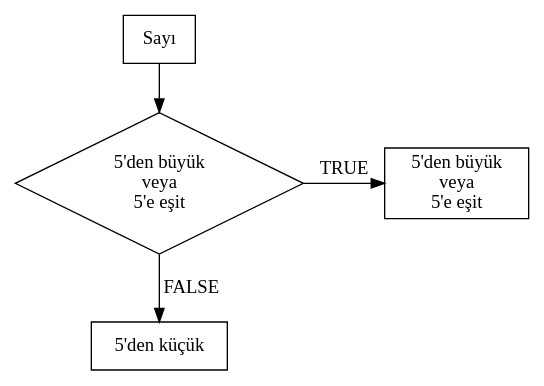
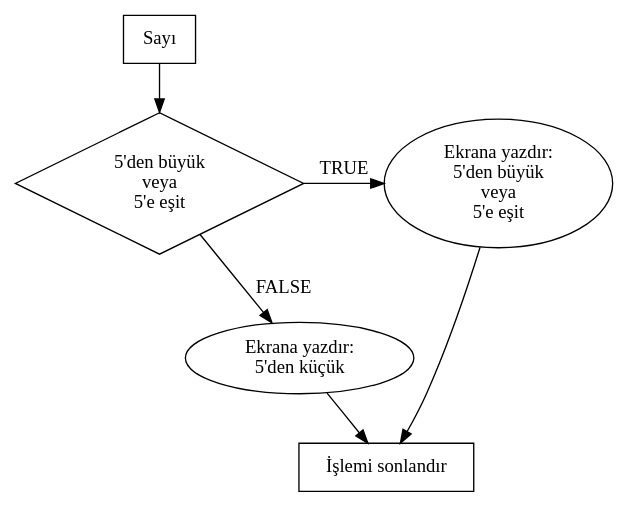
Before and after one commit to emrahkirdok/ybva: the second of 3 diagrams in 03-bilgisayarli-dusunme/01-ileri-seviye-r-01.qmd, drawn with Graphviz. The commit also changed other lines of this file, not shown here.

````diff
--- a/03-bilgisayarli-dusunme/01-ileri-seviye-r-01.qmd
+++ b/03-bilgisayarli-dusunme/01-ileri-seviye-r-01.qmd
@@ -105,12 +110,15 @@
 ```{dot}
+#| label: fig-if-else-1
 digraph g {
     sayi [label = "Sayı", shape = box];
     kontrol [label = "5'den büyük \n veya \n 5'e eşit", shape = diamond];
-    ilk [label = "5'den büyük \n veya \n 5'e eşit", shape = box];
-    ikinci [label = "5'den küçük", shape = box];
+    ilk [label = "Ekrana yazdır:\n5'den büyük \n veya \n 5'e eşit"];
+    ikinci [label = "Ekrana yazdır:\n5'den küçük"];
+    sonlandir [label = "İşlemi sonlandır", shape = box];
     sayi -> kontrol;
     kontrol -> ilk [label = "TRUE"];
     kontrol -> ikinci [label = "FALSE"];
     {rank = same; kontrol; ilk}
+    {ilk; ikinci} -> sonlandir;
 }
 ```
````
